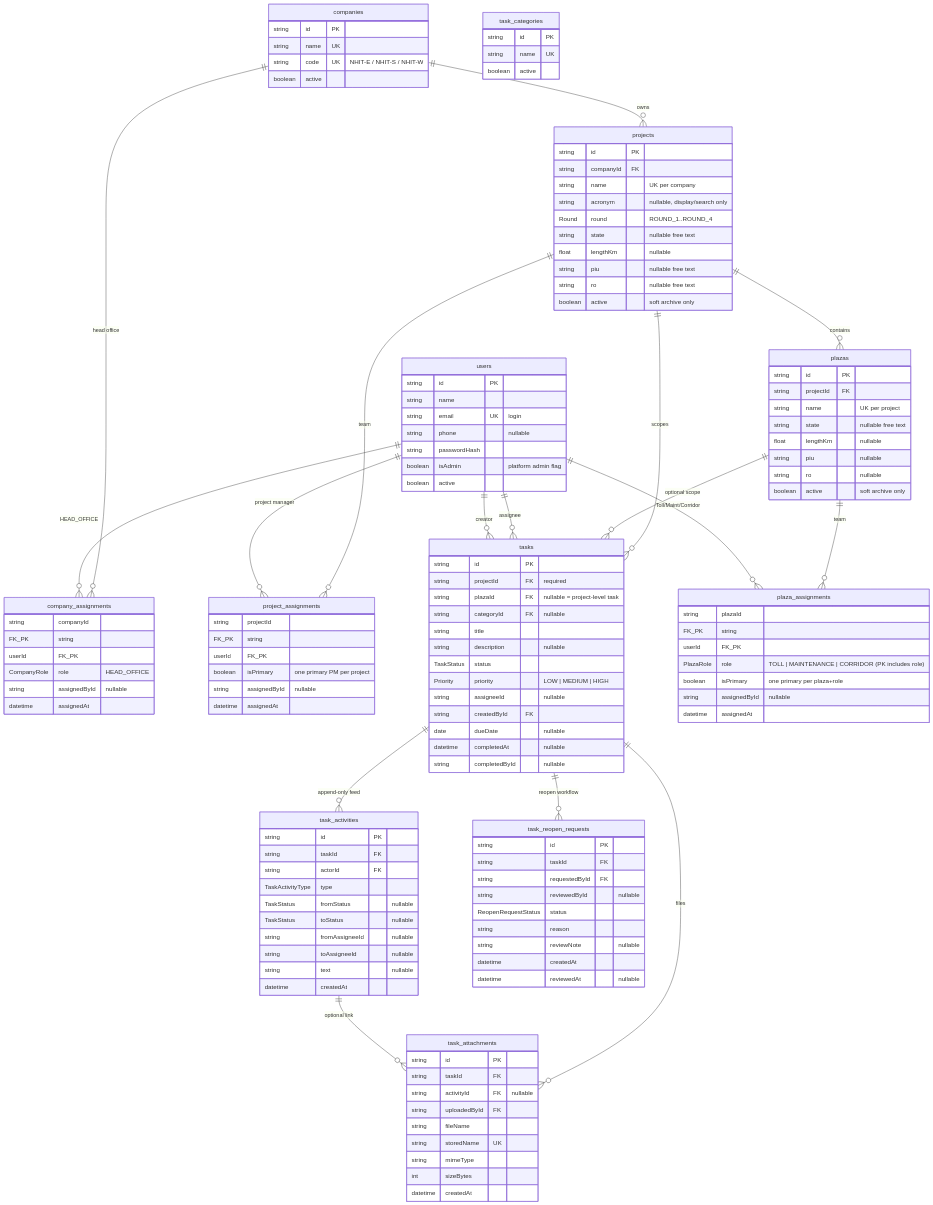
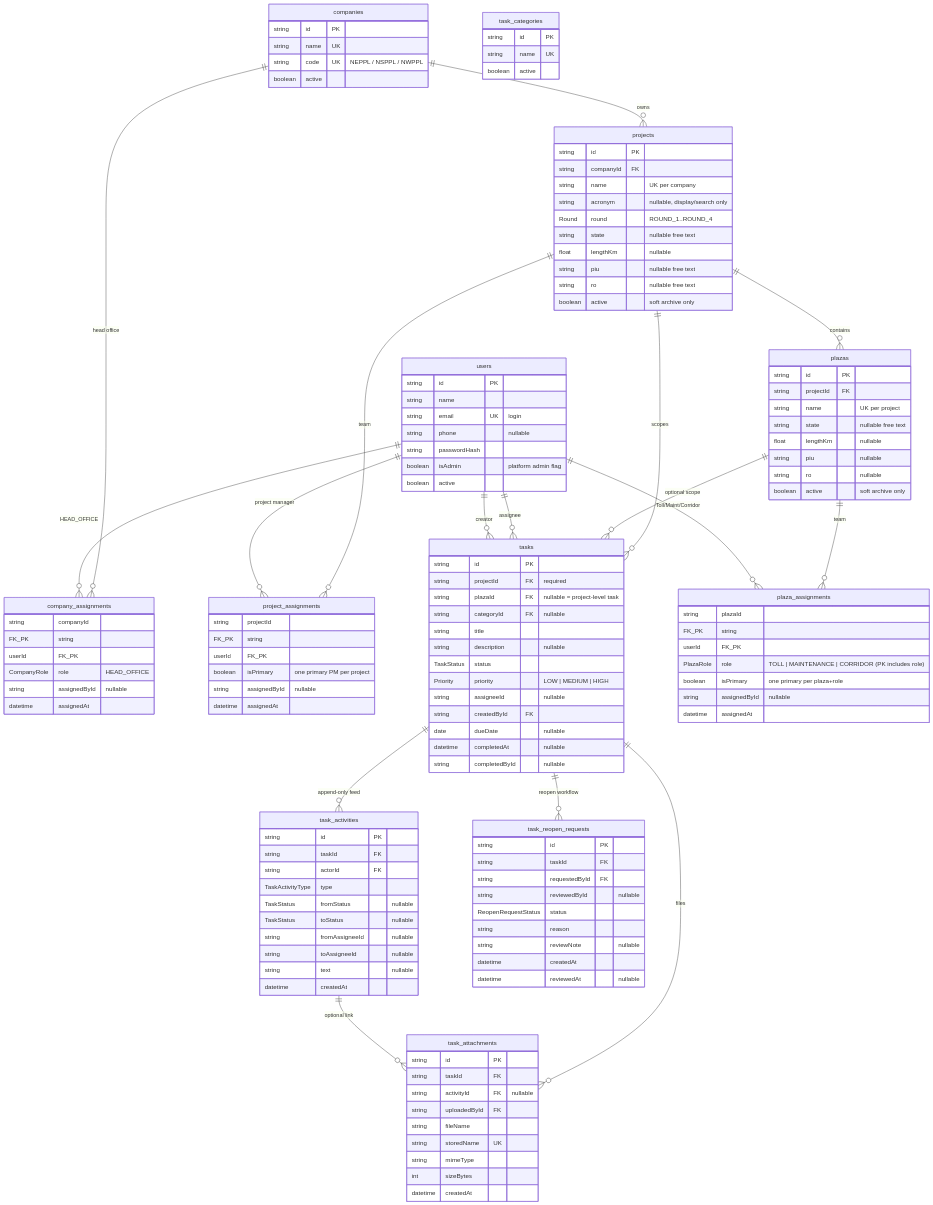
Before and after one commit to akash3114/Project_Site_Tracker: the diagram in docs/DATABASE.md, drawn with Mermaid. The commit also changed other lines of this file and 5 other files, not shown here.

```diff
--- a/docs/DATABASE.md
+++ b/docs/DATABASE.md
@@ -42,7 +42,7 @@
     companies {
         string id PK
         string name UK
-        string code UK "NHIT-E / NHIT-S / NHIT-W"
+        string code UK "NEPPL / NSPPL / NWPPL"
         boolean active
     }
     projects {
```
